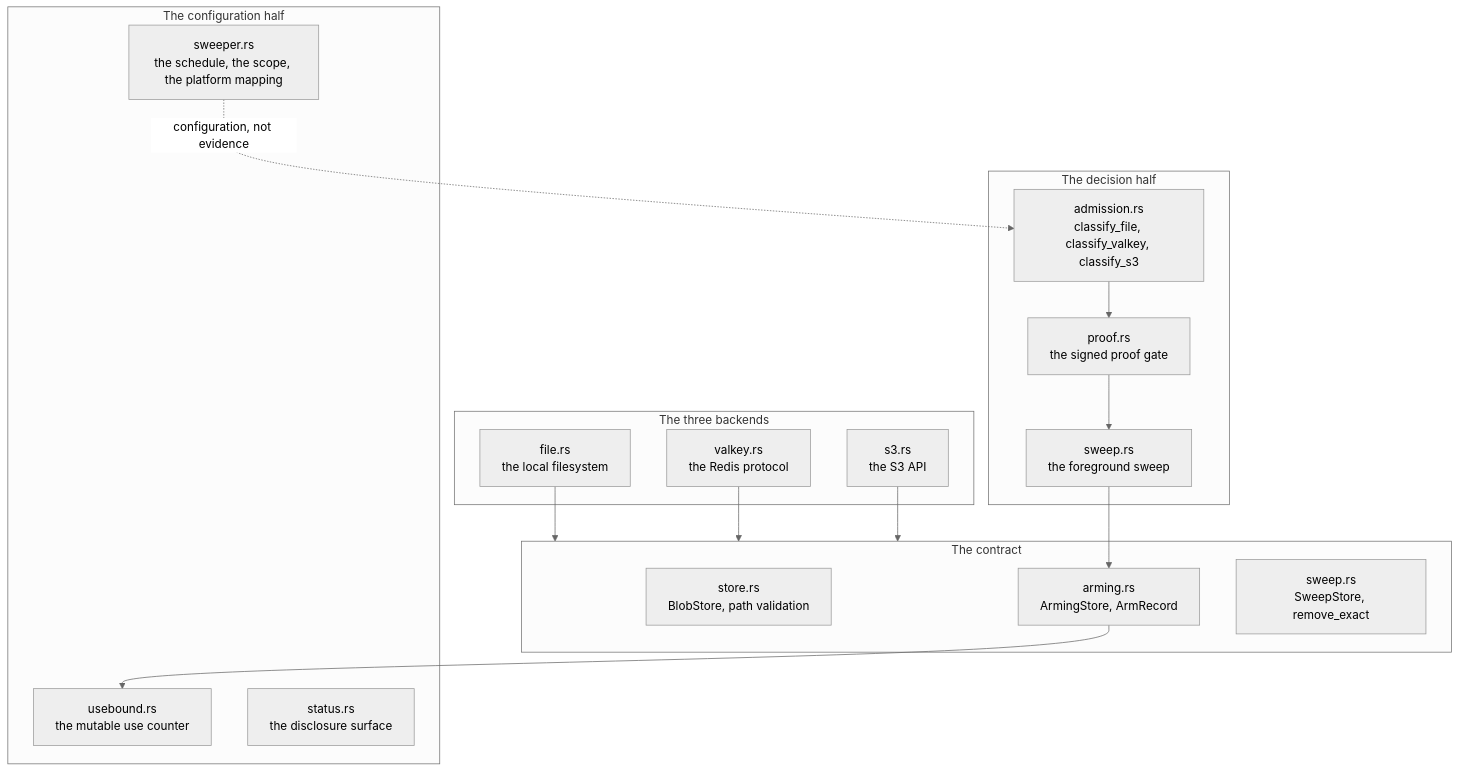
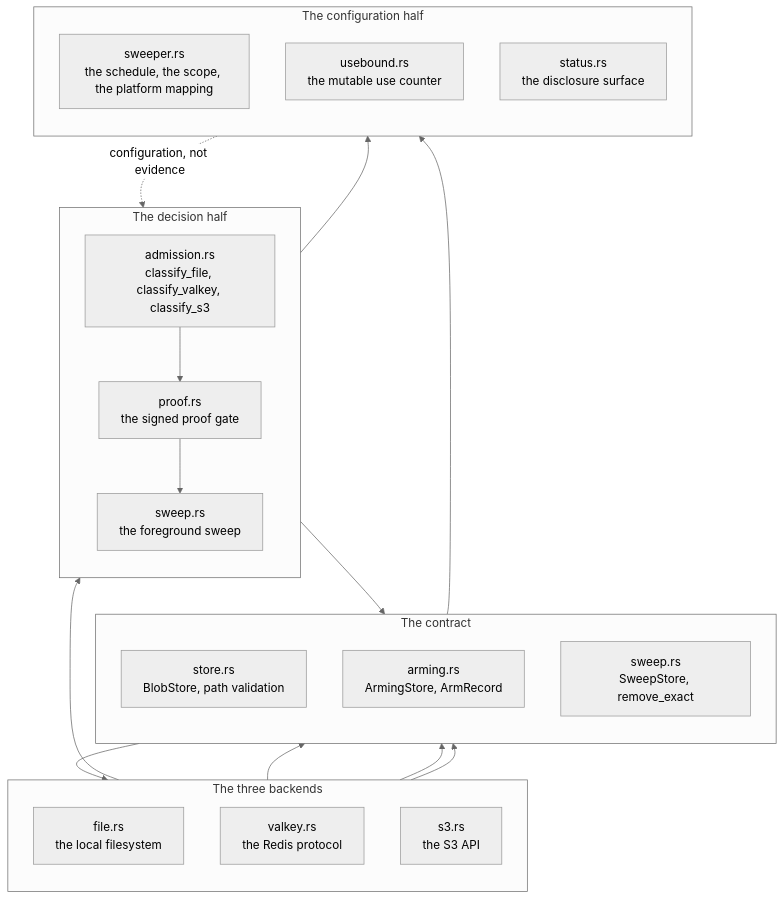
Before and after one commit to bruj0/keyspout: the first of 7 diagrams in site/docs/components/ksp-backend.md, drawn with Mermaid (neutral theme). The commit also changed other lines of this file and 15 other files, not shown here.

First line of the commit message:
feat(site): zoom every diagram, and make the wide ones vertical

````diff
--- a/site/docs/components/ksp-backend.md
+++ b/site/docs/components/ksp-backend.md
@@ -31,35 +31,42 @@
 ```mermaid
 graph TB
   subgraph Contract["The contract"]
+      direction TB
     STORE["store.rs<br/>BlobStore, path validation"]
     ARMSTORE["arming.rs<br/>ArmingStore, ArmRecord"]
     SWSTORE["sweep.rs<br/>SweepStore, remove_exact"]
   end
 
   subgraph Backends["The three backends"]
+      direction TB
     FILE["file.rs<br/>the local filesystem"]
     VALKEY["valkey.rs<br/>the Redis protocol"]
     S3["s3.rs<br/>the S3 API"]
   end
 
   subgraph Decision["The decision half"]
+      direction TB
     ADMIT["admission.rs<br/>classify_file, classify_valkey, classify_s3"]
     PROOF["proof.rs<br/>the signed proof gate"]
     SWEEP["sweep.rs<br/>the foreground sweep"]
   end
 
   subgraph Configuration["The configuration half"]
+      direction TB
     SWEEPER["sweeper.rs<br/>the schedule, the scope, the platform mapping"]
     USES["usebound.rs<br/>the mutable use counter"]
     STATUS["status.rs<br/>the disclosure surface"]
   end
 
   FILE --> Contract
   VALKEY --> Contract
   S3 --> Contract
   ADMIT --> PROOF
   PROOF --> SWEEP
   SWEEP --> ARMSTORE
   ARMSTORE --> USES
   SWEEPER -.->|"configuration, not evidence"| ADMIT
+  Contract --> Backends
+  Backends --> Decision
+  Decision --> Configuration
 ```
````
